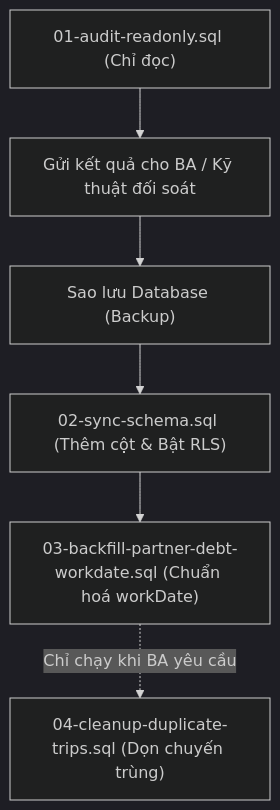
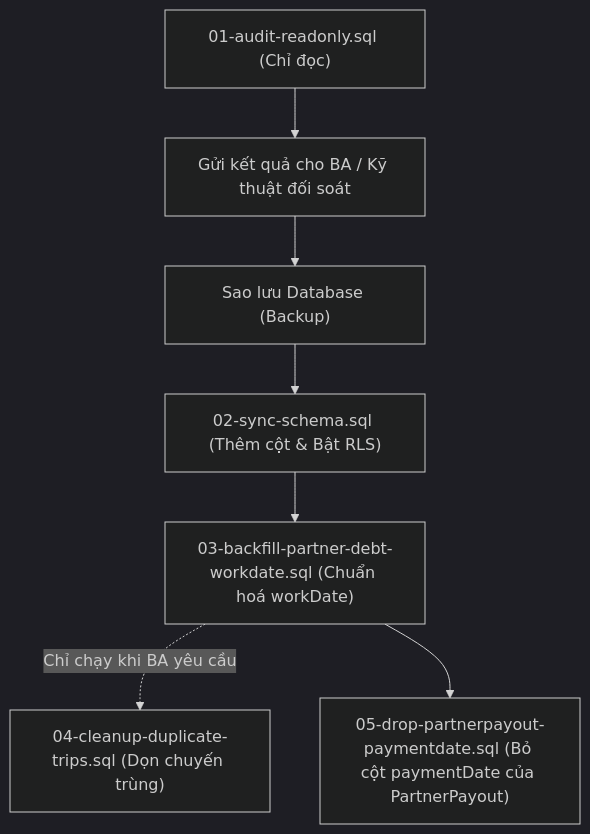
Before and after one commit to xuanthai-work/CarMS: the diagram in web/supabase/scripts/README.md, drawn with Mermaid (dark theme). The commit also changed other lines of this file and 10 other files, not shown here.

````diff
--- a/web/supabase/scripts/README.md
+++ b/web/supabase/scripts/README.md
@@ -15,8 +15,9 @@
 ```mermaid
 flowchart TD
     A["01-audit-readonly.sql (Chỉ đọc)"] --> B["Gửi kết quả cho BA / Kỹ thuật đối soát"]
     B --> C["Sao lưu Database (Backup)"]
     C --> D["02-sync-schema.sql (Thêm cột & Bật RLS)"]
     D --> E["03-backfill-partner-debt-workdate.sql (Chuẩn hoá workDate)"]
     E -.->|Chỉ chạy khi BA yêu cầu| F["04-cleanup-duplicate-trips.sql (Dọn chuyến trùng)"]
+    E --> G["05-drop-partnerpayout-paymentdate.sql (Bỏ cột paymentDate của PartnerPayout)"]
 ```
````
